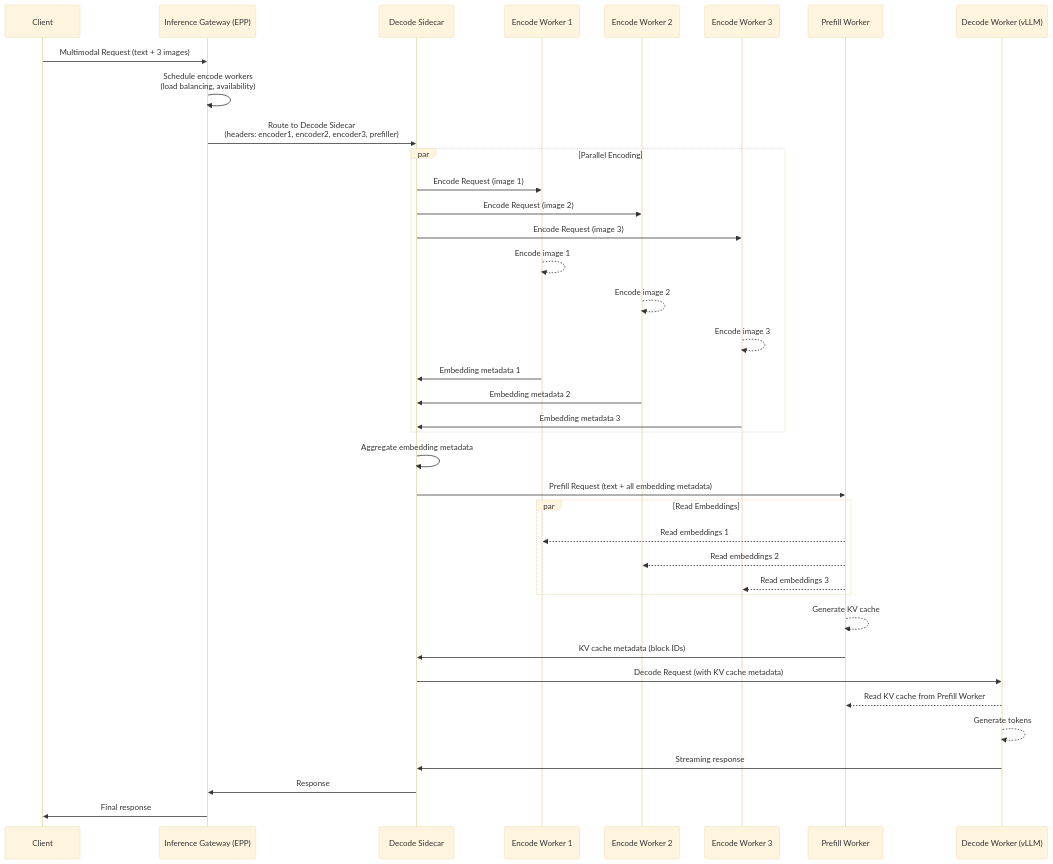
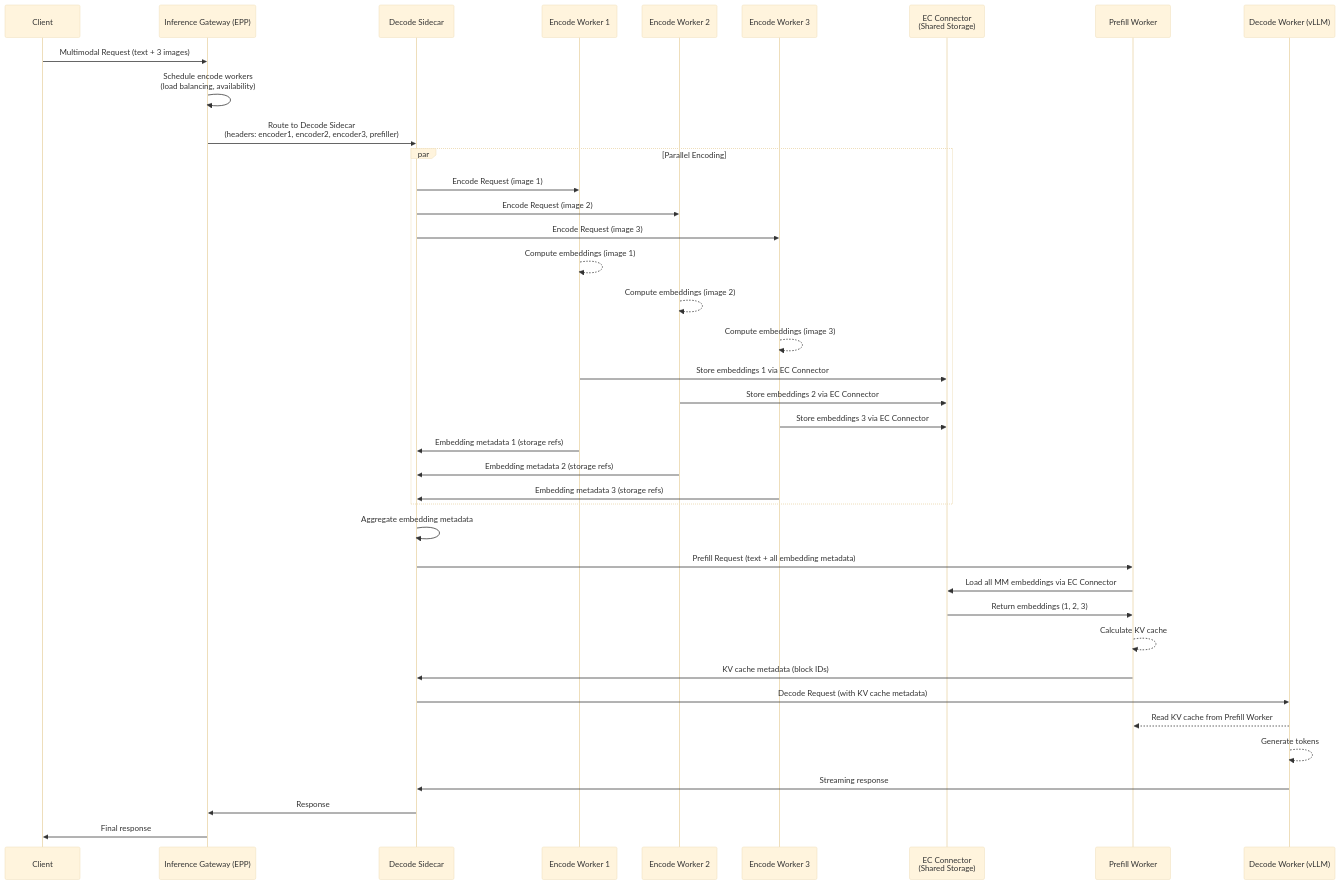
Before and after one commit to llm-d/llm-d-inference-scheduler: the second of 2 diagrams in docs/epd_disaggregation_proposal.md, drawn with Mermaid (base theme). The commit also changed other lines of this file, not shown here.

Commit message:
update flow diagram

````diff
--- a/docs/epd_disaggregation_proposal.md
+++ b/docs/epd_disaggregation_proposal.md
@@ -175,46 +180,47 @@
 ```mermaid
 sequenceDiagram
     participant C as Client
     participant I as Inference Gateway (EPP)
     participant DS as Decode Sidecar
     participant E1 as Encode Worker 1
     participant E2 as Encode Worker 2
     participant E3 as Encode Worker 3
+    participant EC as EC Connector<br/>(Shared Storage)
     participant P as Prefill Worker
     participant D as Decode Worker (vLLM)
 
     C->>I: Multimodal Request (text + 3 images)
     I->>I: Schedule encode workers<br/>(load balancing, availability)
     I->>DS: Route to Decode Sidecar<br/>(headers: encoder1, encoder2, encoder3, prefiller)
     
     par Parallel Encoding
         DS->>E1: Encode Request (image 1)
         DS->>E2: Encode Request (image 2)
         DS->>E3: Encode Request (image 3)
-        E1-->>E1: Encode image 1
-        E2-->>E2: Encode image 2
-        E3-->>E3: Encode image 3
-        E1->>DS: Embedding metadata 1
-        E2->>DS: Embedding metadata 2
-        E3->>DS: Embedding metadata 3
+        E1-->>E1: Compute embeddings (image 1)
+        E2-->>E2: Compute embeddings (image 2)
+        E3-->>E3: Compute embeddings (image 3)
+        E1->>EC: Store embeddings 1 via EC Connector
+        E2->>EC: Store embeddings 2 via EC Connector
+        E3->>EC: Store embeddings 3 via EC Connector
+        E1->>DS: Embedding metadata 1 (storage refs)
+        E2->>DS: Embedding metadata 2 (storage refs)
+        E3->>DS: Embedding metadata 3 (storage refs)
     end
     
     DS->>DS: Aggregate embedding metadata
     DS->>P: Prefill Request (text + all embedding metadata)
     
-    par Read Embeddings
-        P-->>E1: Read embeddings 1
-        P-->>E2: Read embeddings 2
-        P-->>E3: Read embeddings 3
-    end
+    P->>EC: Load all MM embeddings via EC Connector
+    EC->>P: Return embeddings (1, 2, 3)
     
-    P-->>P: Generate KV cache
+    P-->>P: Calculate KV cache
     P->>DS: KV cache metadata (block IDs)
     
     DS->>D: Decode Request (with KV cache metadata)
     D-->>P: Read KV cache from Prefill Worker
     D-->>D: Generate tokens
     D->>DS: Streaming response
     DS->>I: Response
     I->>C: Final response
 ```
````
